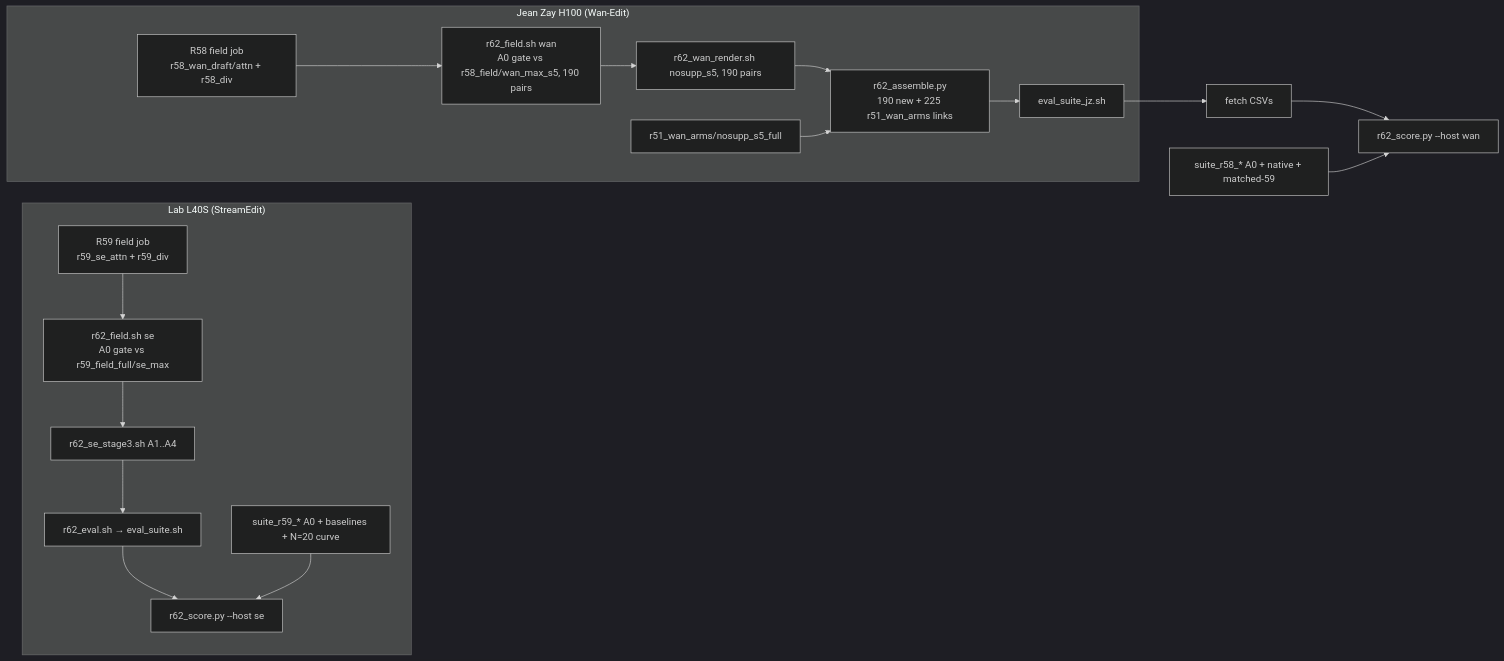
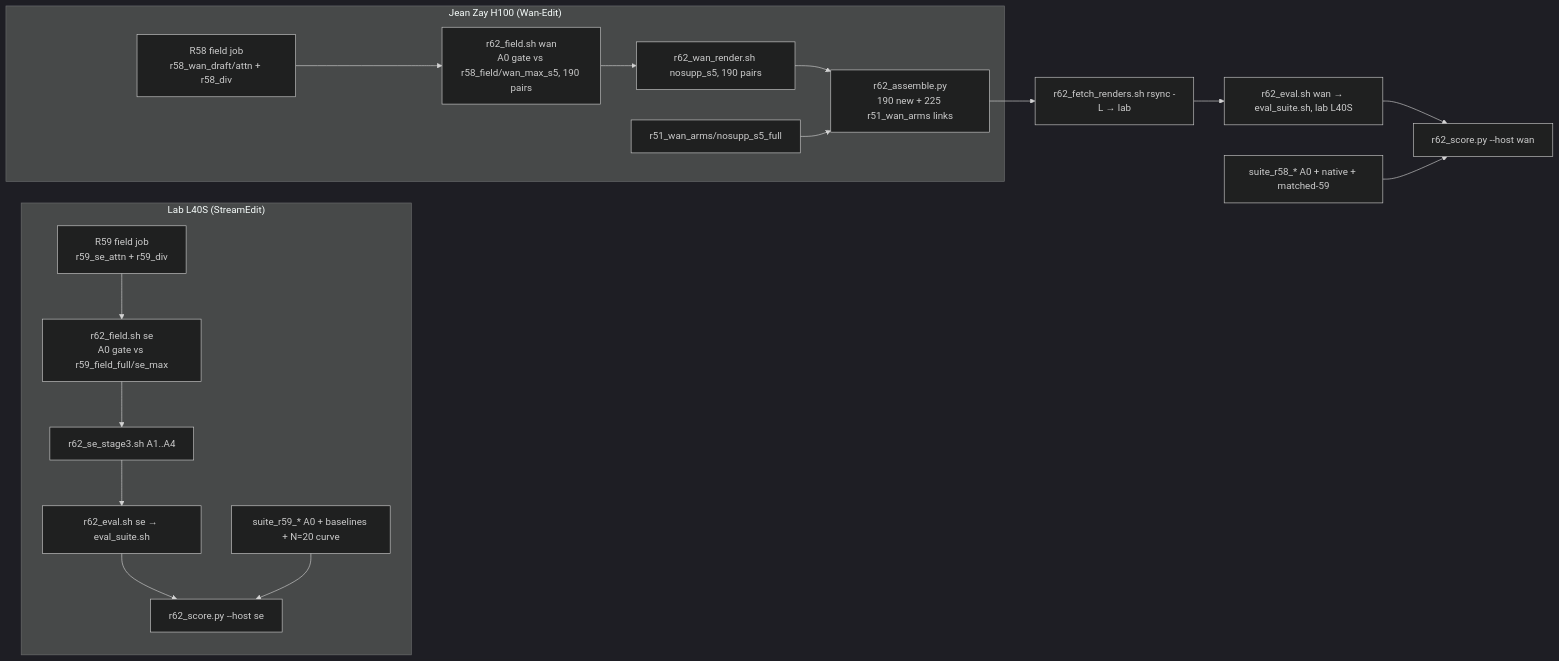
One commit to skhairi2k/StreamEdit_new changed the diagram in .claude/plans/r62-demand-ablation-five-correct_f592a817.plan.md. Above: the diagram before and after it, drawn with Mermaid (dark theme). The commit also changed other lines of this file and 217 other files, not shown here.

````diff
--- a/.claude/plans/r62-demand-ablation-five-correct_f592a817.plan.md
+++ b/.claude/plans/r62-demand-ablation-five-correct_f592a817.plan.md
@@ -270,19 +281,19 @@
 ```mermaid
 flowchart LR
   subgraph lab["Lab L40S (StreamEdit)"]
     R59F[R59 field job<br/>r59_se_attn + r59_div] --> F1[r62_field.sh se<br/>A0 gate vs r59_field_full/se_max]
     F1 --> R1[r62_se_stage3.sh A1..A4]
-    R1 --> E1[r62_eval.sh → eval_suite.sh]
+    R1 --> E1[r62_eval.sh se → eval_suite.sh]
     E1 --> S1[r62_score.py --host se]
     R59C[suite_r59_* A0 + baselines + N=20 curve] --> S1
   end
   subgraph jz["Jean Zay H100 (Wan-Edit)"]
     R58F[R58 field job<br/>r58_wan_draft/attn + r58_div] --> F2[r62_field.sh wan<br/>A0 gate vs r58_field/wan_max_s5, 190 pairs]
     F2 --> R2[r62_wan_render.sh nosupp_s5, 190 pairs]
     R2 --> AS[r62_assemble.py<br/>190 new + 225 r51_wan_arms links]
     R51W[r51_wan_arms/nosupp_s5_full] --> AS
-    AS --> E2[eval_suite_jz.sh]
   end
-  E2 --> FX[fetch CSVs] --> S2[r62_score.py --host wan]
+  AS --> FX[r62_fetch_renders.sh rsync -L → lab] --> E2[r62_eval.sh wan → eval_suite.sh, lab L40S]
+  E2 --> S2[r62_score.py --host wan]
   R58C[suite_r58_* A0 + native + matched-59] --> S2
 ```
````
